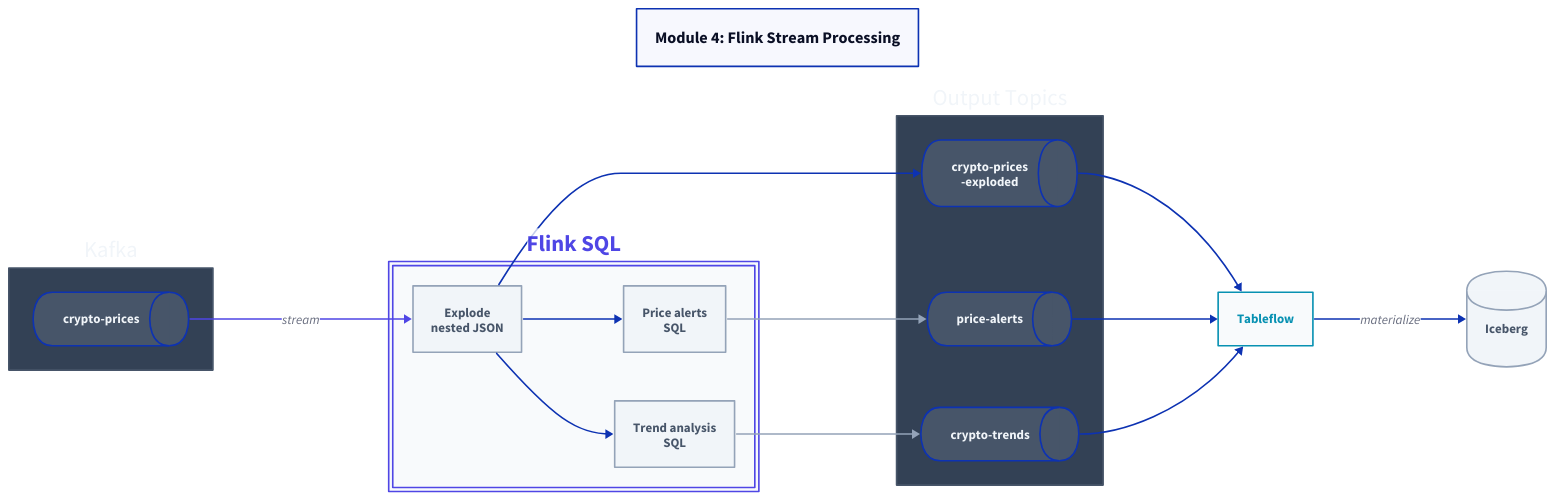
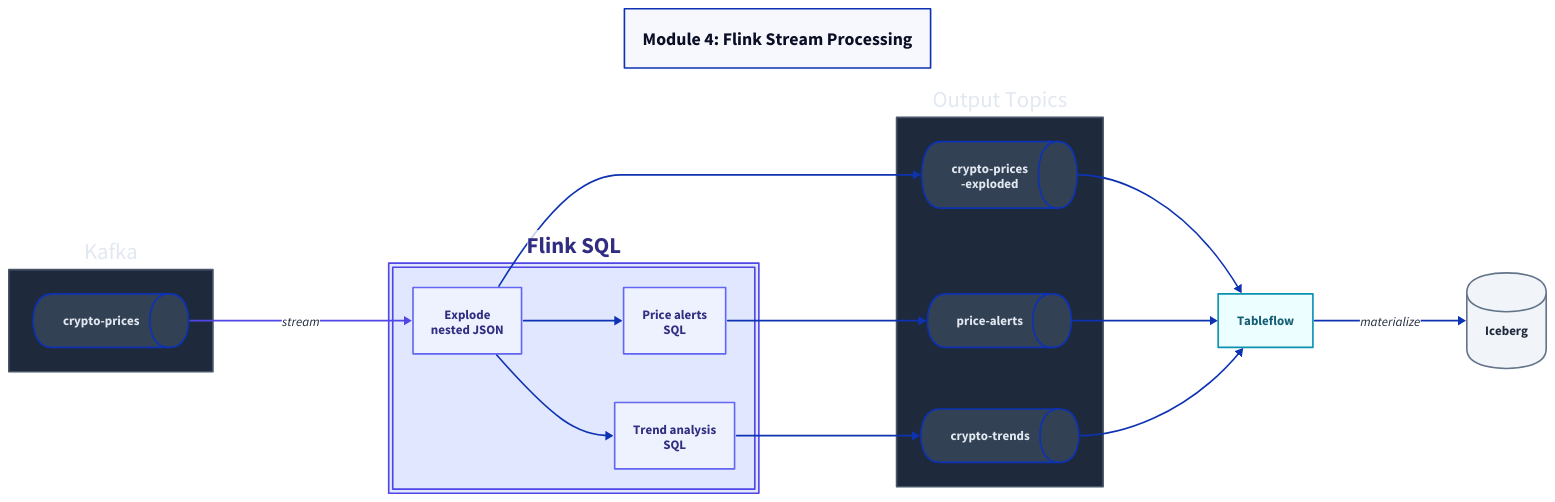
Before and after one commit to gAmUssA/gamussa.github.com: the diagram in diagrams/module4-flink.d2, drawn with D2. The commit also changed 7 other files, not shown here.

Commit message:
Fix diagram readability: darker text, higher contrast on all labels

```diff
--- a/diagrams/module4-flink.d2
+++ b/diagrams/module4-flink.d2
@@ -1,97 +1,101 @@
 direction: right
 
 title: {
   label: "Module 4: Flink Stream Processing"
-  style.font-size: 20
+  style.font-size: 22
   style.bold: true
   near: top-center
 }
 
 kafka: Kafka {
-  style.fill: "#334155"
+  style.fill: "#1e293b"
   style.stroke: "#475569"
-  style.font-color: "#f1f5f9"
+  style.font-color: "#e2e8f0"
 
   input: crypto-prices {
     shape: queue
-    style.fill: "#475569"
-    style.font-color: "#f1f5f9"
+    style.fill: "#334155"
+    style.font-color: "#e2e8f0"
+    style.bold: true
   }
 }
 
 flink: Flink SQL {
-  style.fill: "#f8fafc"
+  style.fill: "#e0e7ff"
   style.stroke: "#4F46E5"
-  style.font-color: "#4F46E5"
+  style.font-color: "#312e81"
   style.bold: true
   style.double-border: true
 
   explode: Explode\nnested JSON {
-    style.fill: "#f1f5f9"
-    style.stroke: "#94a3b8"
-    style.font-color: "#475569"
+    style.fill: "#eef2ff"
+    style.stroke: "#6366f1"
+    style.font-color: "#312e81"
   }
   alerts_q: Price alerts\nSQL {
-    style.fill: "#f1f5f9"
-    style.stroke: "#94a3b8"
-    style.font-color: "#475569"
+    style.fill: "#eef2ff"
+    style.stroke: "#6366f1"
+    style.font-color: "#312e81"
   }
   trends_q: Trend analysis\nSQL {
-    style.fill: "#f1f5f9"
-    style.stroke: "#94a3b8"
-    style.font-color: "#475569"
+    style.fill: "#eef2ff"
+    style.stroke: "#6366f1"
+    style.font-color: "#312e81"
   }
 }
 
 output: Output Topics {
-  style.fill: "#334155"
+  style.fill: "#1e293b"
   style.stroke: "#475569"
-  style.font-color: "#f1f5f9"
+  style.font-color: "#e2e8f0"
 
   exploded: crypto-prices\n-exploded {
     shape: queue
-    style.fill: "#475569"
-    style.font-color: "#f1f5f9"
+    style.fill: "#334155"
+    style.font-color: "#e2e8f0"
   }
   alerts: price-alerts {
     shape: queue
-    style.fill: "#475569"
-    style.font-color: "#f1f5f9"
+    style.fill: "#334155"
+    style.font-color: "#e2e8f0"
   }
   trends: crypto-trends {
     shape: queue
-    style.fill: "#475569"
-    style.font-color: "#f1f5f9"
+    style.fill: "#334155"
+    style.font-color: "#e2e8f0"
   }
 }
 
 tableflow: Tableflow {
-  style.fill: "#f8fafc"
+  style.fill: "#ecfeff"
   style.stroke: "#0891b2"
-  style.font-color: "#0891b2"
+  style.font-color: "#155e75"
   style.bold: true
 }
 
 iceberg: Iceberg {
   shape: cylinder
   style.fill: "#f1f5f9"
-  style.stroke: "#94a3b8"
-  style.font-color: "#475569"
+  style.stroke: "#64748b"
+  style.font-color: "#1e293b"
 }
 
 kafka.input -> flink.explode: stream {
   style.stroke: "#4F46E5"
+  style.font-color: "#1e293b"
 }
 flink.explode -> output.exploded
 flink.explode -> flink.alerts_q
 flink.explode -> flink.trends_q
 flink.alerts_q -> output.alerts {
-  style.stroke: "#94a3b8"
+  style.font-color: "#1e293b"
 }
 flink.trends_q -> output.trends {
-  style.stroke: "#94a3b8"
+  style.font-color: "#1e293b"
 }
 output.exploded -> tableflow
 output.alerts -> tableflow
 output.trends -> tableflow
-tableflow -> iceberg: materialize
+tableflow -> iceberg: materialize {
+  style.font-color: "#1e293b"
+}
```
